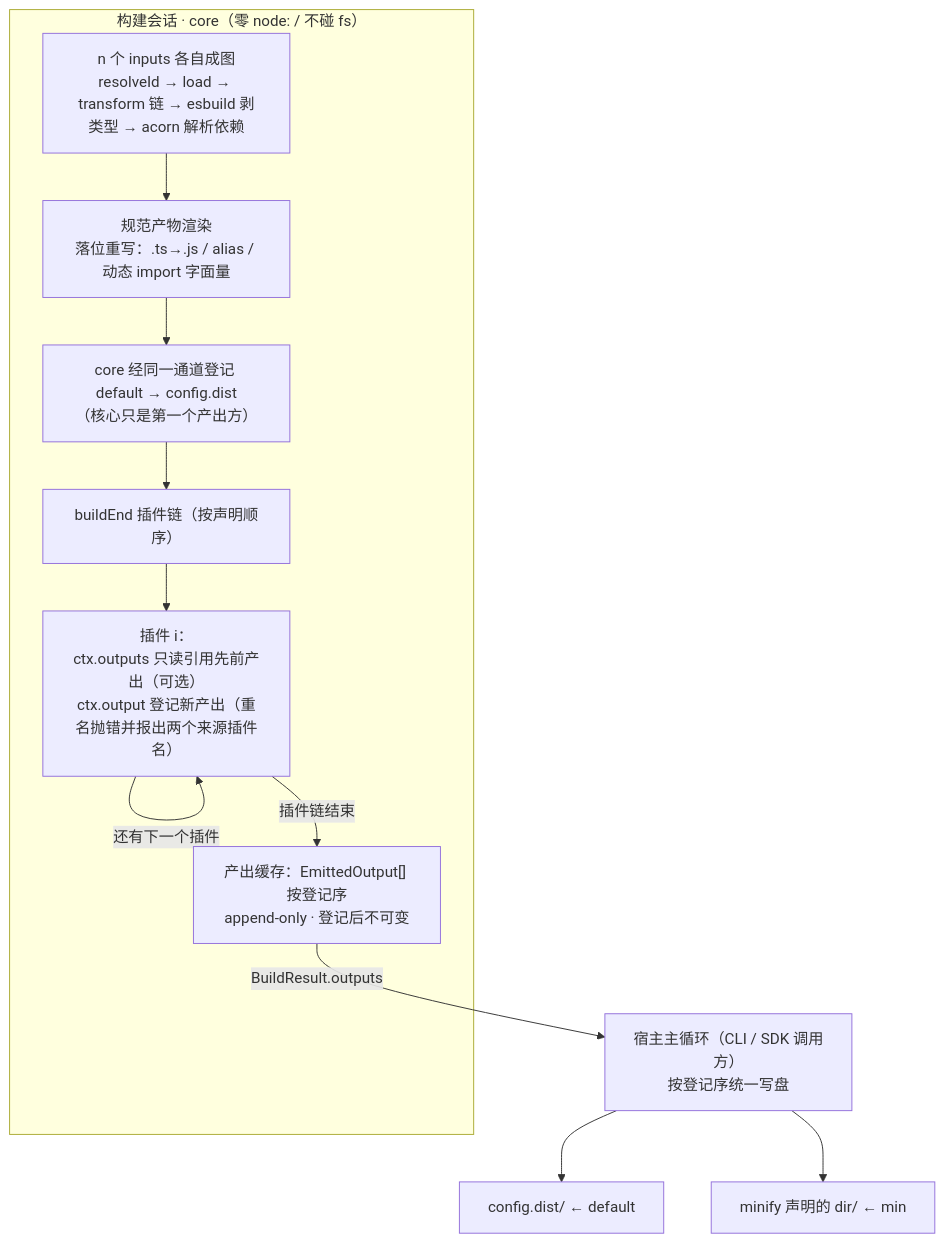
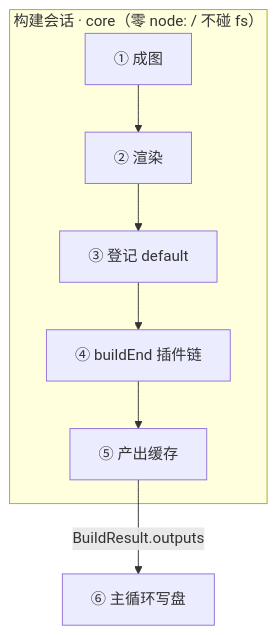
The diagram in packages/stack/docs/plugin-loop.md (idealjs/stack), drawn with Mermaid before and after one commit. The commit also changed other lines of this file and 10 other files, not shown here.

````diff
--- a/packages/stack/docs/plugin-loop.md
+++ b/packages/stack/docs/plugin-loop.md
@@ -75,14 +78,10 @@
 ```mermaid
 flowchart TD
     subgraph CORE["构建会话 · core（零 node: / 不碰 fs）"]
-        A["n 个 inputs 各自成图<br/>resolveId → load → transform 链 → esbuild 剥类型 → acorn 解析依赖"] --> B["规范产物渲染<br/>落位重写：.ts→.js / alias / 动态 import 字面量"]
-        B --> C["core 经同一通道登记 default → config.dist<br/>（核心只是第一个产出方）"]
-        C --> D["buildEnd 插件链（按声明顺序）"]
-        D --> Pi["插件 i：<br/>ctx.outputs 只读引用先前产出（可选）<br/>ctx.output 登记新产出（重名抛错并报出两个来源插件名）"]
-        Pi -->|"还有下一个插件"| Pi
-        Pi -->|"插件链结束"| E["产出缓存：EmittedOutput[] 按登记序<br/>append-only · 登记后不可变"]
+        A["① 成图"] --> B["② 渲染"]
+        B --> C["③ 登记 default"]
+        C --> D["④ buildEnd 插件链"]
+        D --> E["⑤ 产出缓存"]
     end
-    E -->|"BuildResult.outputs"| H["宿主主循环（CLI / SDK 调用方）<br/>按登记序统一写盘"]
-    H --> O1["config.dist/ ← default"]
-    H --> O2["minify 声明的 dir/ ← min"]
+    E -->|"BuildResult.outputs"| H["⑥ 主循环写盘"]
 ```
````
